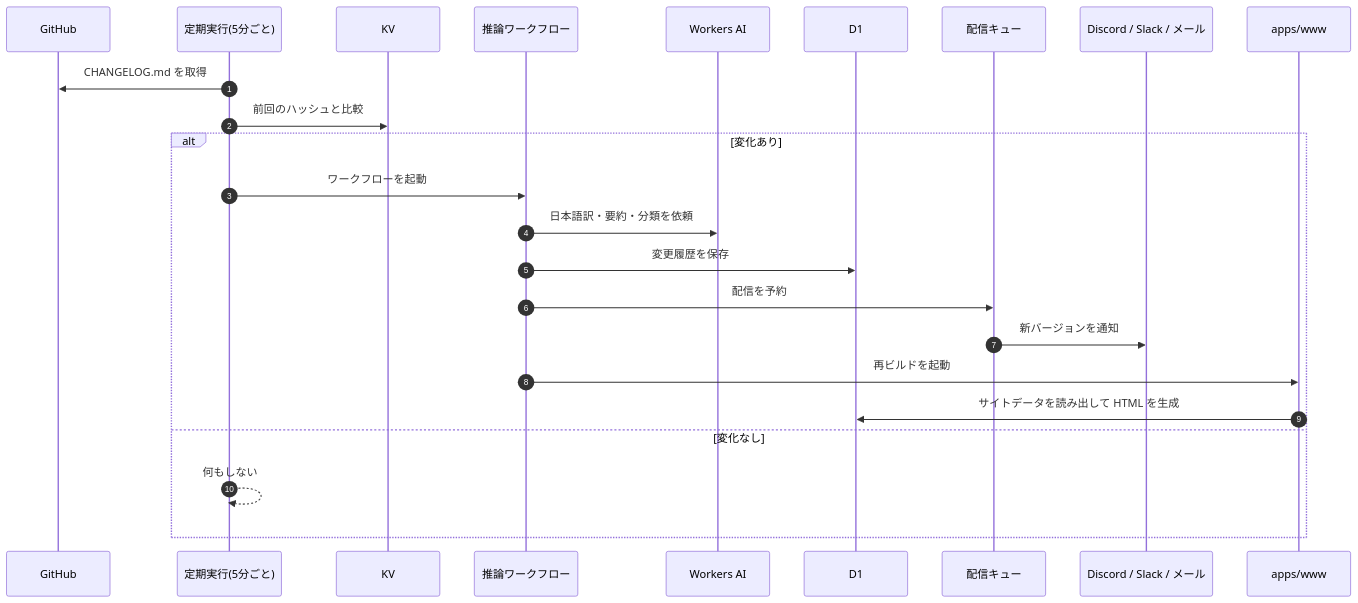
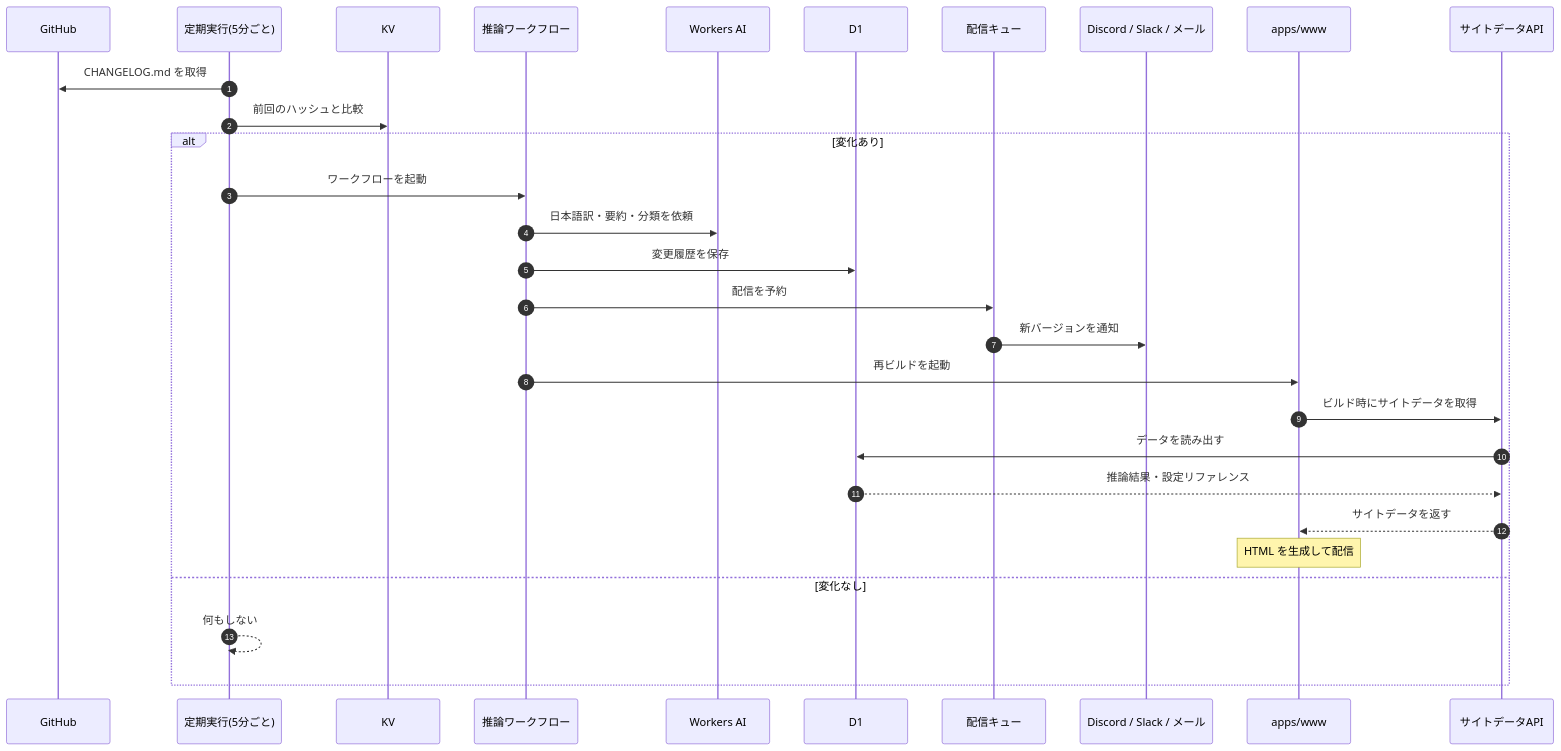
One commit to Suntory-N-Water/claude-code-changelog-viewer changed the diagram in README.md. Above: the diagram before and after it, drawn with Mermaid. The commit also changed other lines of this file and 4 other files, not shown here.

First line of the commit message:
docs: システム構成図を画像に差し替え、ビルド時にサイトデータ API を経由する流れを図に足す

````diff
--- a/README.md
+++ b/README.md
@@ -123,27 +91,32 @@
 ```mermaid
 sequenceDiagram
     autonumber
     participant GH as GitHub
     participant CRON as 定期実行(5分ごと)
     participant KV as KV
     participant WF as 推論ワークフロー
     participant AI as Workers AI
     participant D1 as D1
     participant Q as 配信キュー
     participant CH as Discord / Slack / メール
     participant WWW as apps/www
+    participant API as サイトデータAPI
 
     CRON->>GH: CHANGELOG.md を取得
     CRON->>KV: 前回のハッシュと比較
     alt 変化あり
         CRON->>WF: ワークフローを起動
         WF->>AI: 日本語訳・要約・分類を依頼
         WF->>D1: 変更履歴を保存
         WF->>Q: 配信を予約
         Q->>CH: 新バージョンを通知
         WF->>WWW: 再ビルドを起動
-        WWW->>D1: サイトデータを読み出して HTML を生成
+        WWW->>API: ビルド時にサイトデータを取得
+        API->>D1: データを読み出す
+        D1-->>API: 推論結果・設定リファレンス
+        API-->>WWW: サイトデータを返す
+        Note over WWW: HTML を生成して配信
     else 変化なし
         CRON-->>CRON: 何もしない
     end
 ```
````
